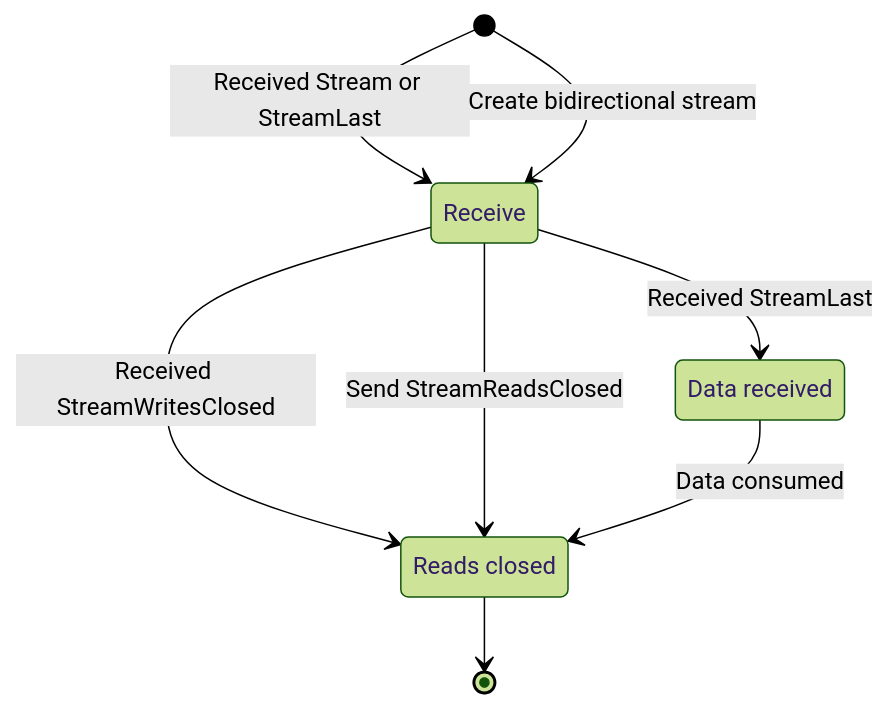
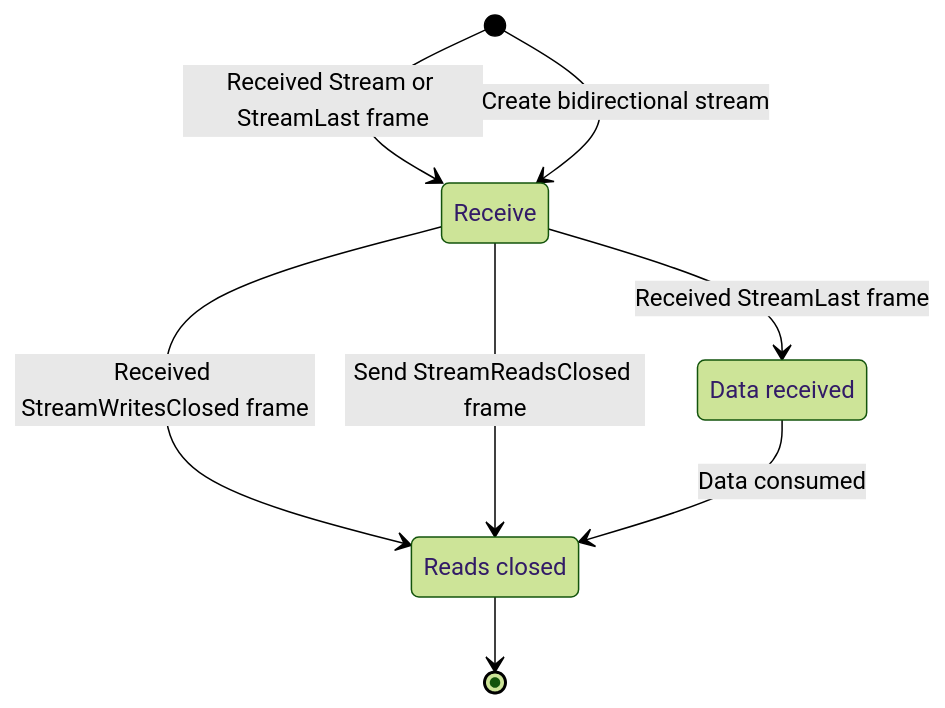
One commit to icerpc/icerpc-docs changed the second of 2 diagrams in pages/icerpc-core/slic-protocol/streams.md. Above: the diagram before and after it, drawn with Mermaid (forest theme). The commit also changed other lines of this file and 1 other file, not shown here.

````diff
--- a/pages/icerpc-core/slic-protocol/streams.md
+++ b/pages/icerpc-core/slic-protocol/streams.md
@@ -90,12 +89,12 @@
 ```mermaid
 stateDiagram
     ReadsClosed : Reads closed
     DataReceived: Data received
-    [*] --> Receive: Received Stream or StreamLast
+    [*] --> Receive: Received Stream or StreamLast frame
     [*] --> Receive: Create bidirectional stream
-    Receive --> ReadsClosed: Received StreamWritesClosed
-    Receive --> ReadsClosed: Send StreamReadsClosed
-    Receive --> DataReceived: Received StreamLast
+    Receive --> ReadsClosed: Received StreamWritesClosed frame
+    Receive --> ReadsClosed: Send StreamReadsClosed frame
+    Receive --> DataReceived: Received StreamLast frame
     DataReceived --> ReadsClosed: Data consumed
     ReadsClosed --> [*]
 ```
````
